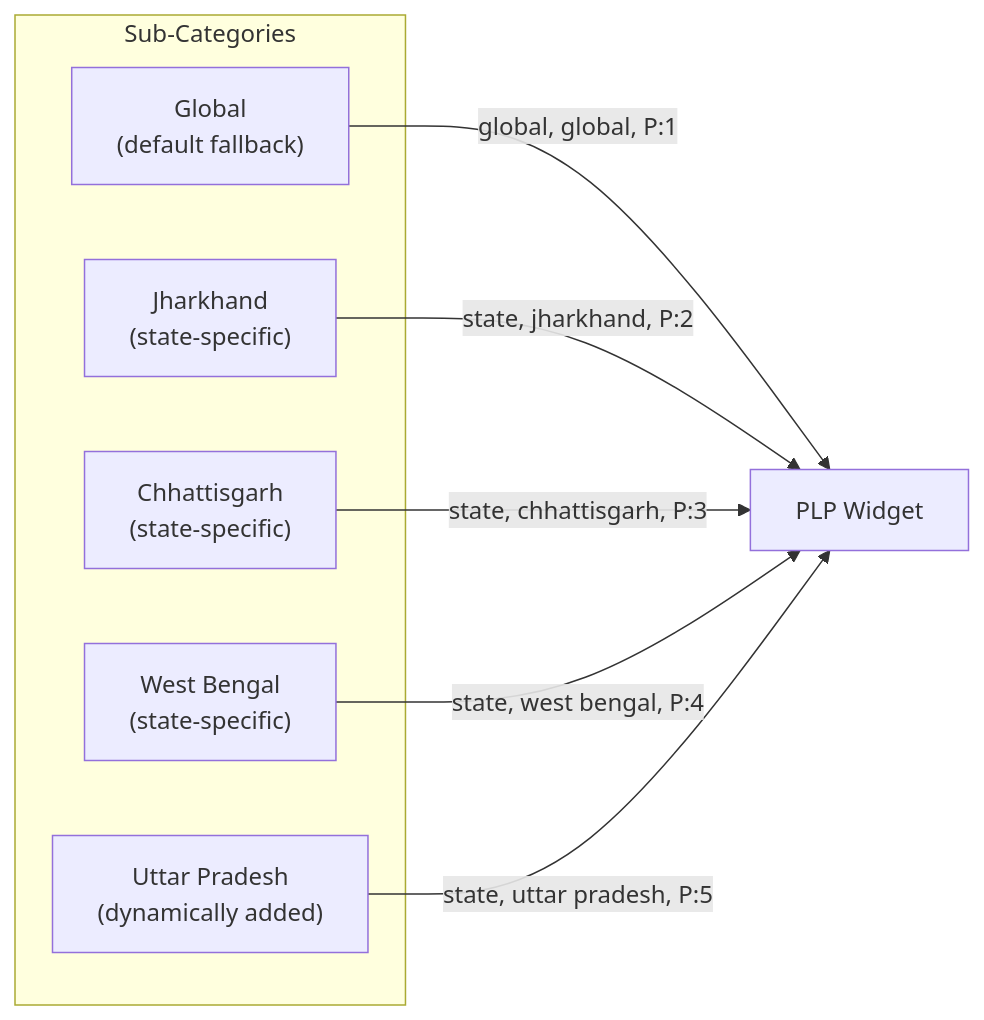
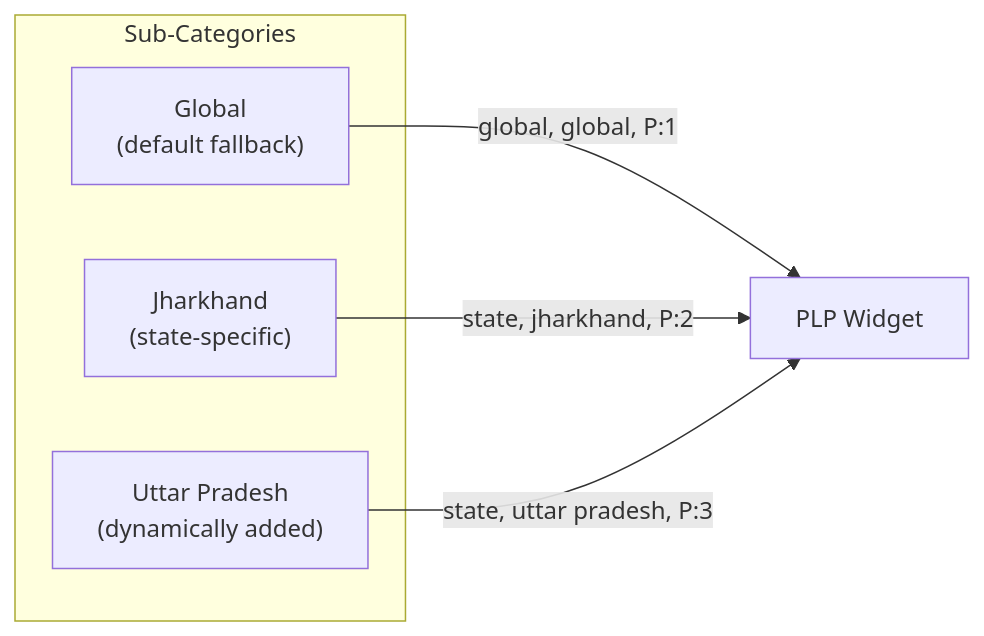
Before and after one commit to satyamgupta1312/Optimus: the eighth of 8 diagrams in wiki/PLP-PAGE-widget-support.md, drawn with Mermaid. The commit also changed other lines of this file and 10 other files, not shown here.

````diff
--- a/wiki/PLP-PAGE-widget-support.md
+++ b/wiki/PLP-PAGE-widget-support.md
@@ -362,18 +449,14 @@
 ```mermaid
 flowchart LR
     subgraph Sub-Categories
         G["Global\n(default fallback)"]
         JH["Jharkhand\n(state-specific)"]
-        CG["Chhattisgarh\n(state-specific)"]
-        WB["West Bengal\n(state-specific)"]
         UP["Uttar Pradesh\n(dynamically added)"]
     end
 
     PLP[PLP Widget]
 
     G -->|"global, global, P:1"| PLP
     JH -->|"state, jharkhand, P:2"| PLP
-    CG -->|"state, chhattisgarh, P:3"| PLP
-    WB -->|"state, west bengal, P:4"| PLP
-    UP -->|"state, uttar pradesh, P:5"| PLP
+    UP -->|"state, uttar pradesh, P:3"| PLP
 ```
````
